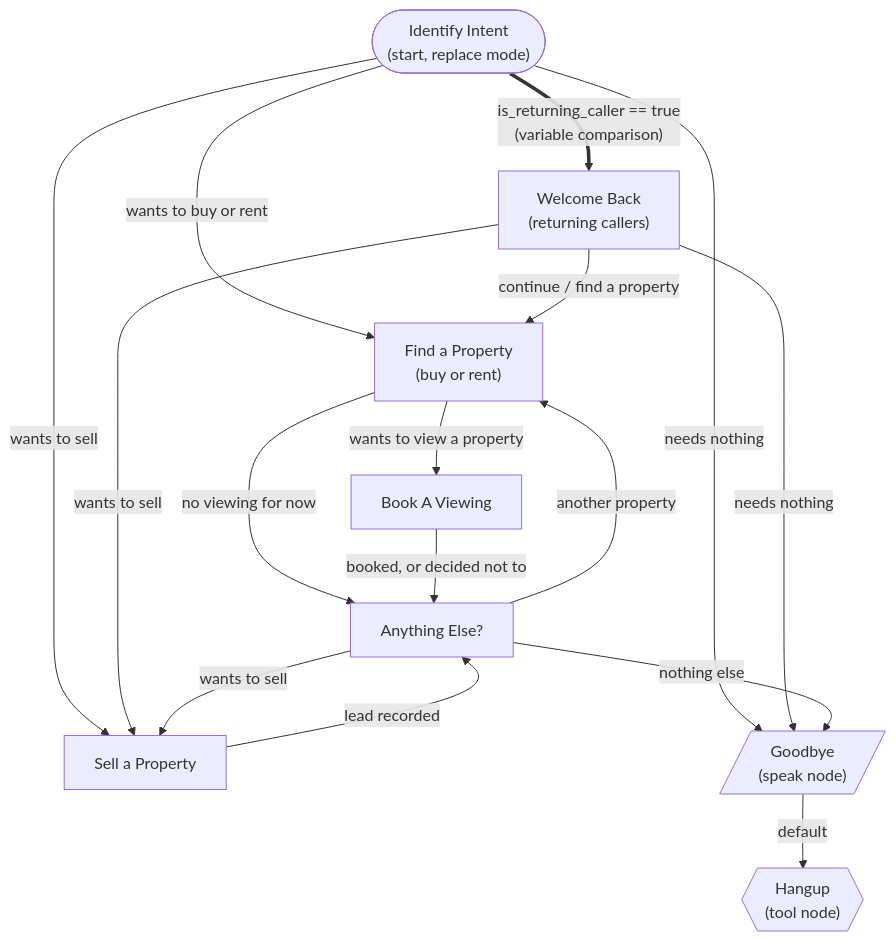
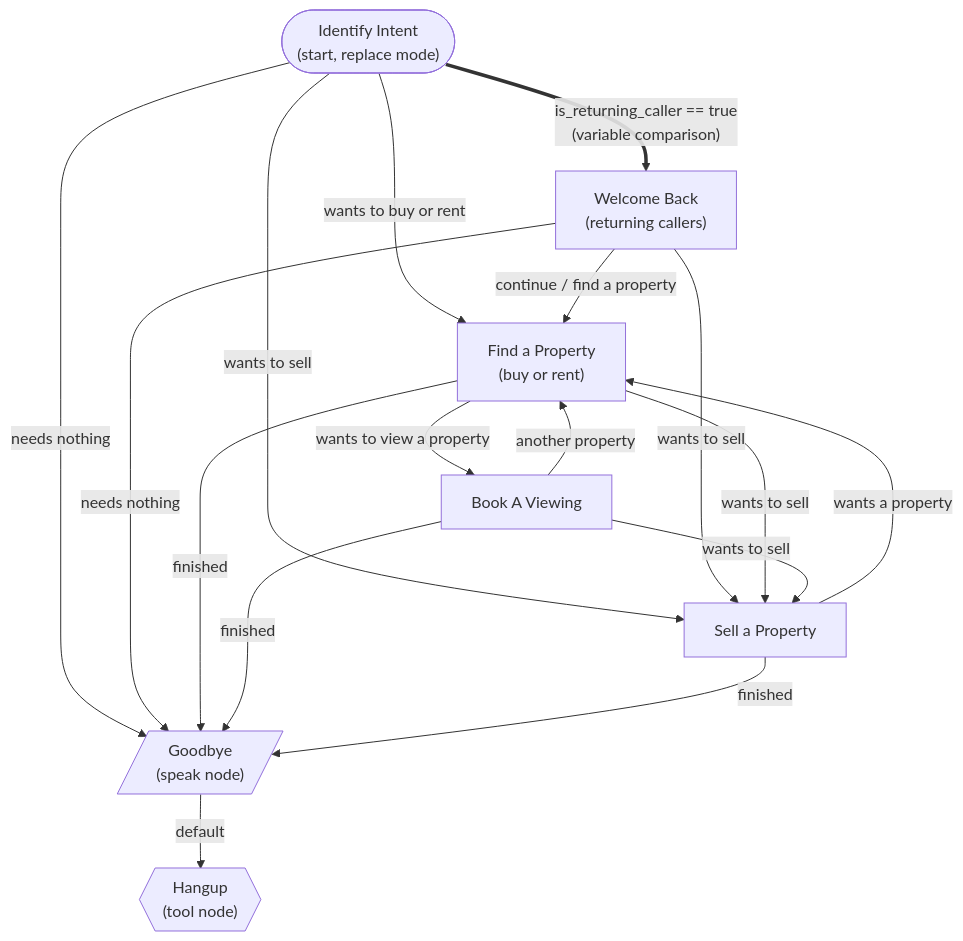
Before and after one commit to assoumaaa/telnyx-real-estate: the third of 3 diagrams in README.md, drawn with Mermaid. The commit also changed other lines of this file, not shown here.

Commit message:
docs: workflow diagram without the Anything Else node

````diff
--- a/README.md
+++ b/README.md
@@ -97,27 +97,27 @@
 ```mermaid
 flowchart TD
     start(["Identify Intent<br/>(start, replace mode)"])
     welcome["Welcome Back<br/>(returning callers)"]
     find["Find a Property<br/>(buy or rent)"]
     sell["Sell a Property"]
     book["Book A Viewing"]
-    more["Anything Else?"]
     bye[/"Goodbye<br/>(speak node)"/]
     hang{{"Hangup<br/>(tool node)"}}
 
     start == "is_returning_caller == true<br/>(variable comparison)" ==> welcome
     start -- "wants to buy or rent" --> find
     start -- "wants to sell" --> sell
     start -- "needs nothing" --> bye
     welcome -- "continue / find a property" --> find
     welcome -- "wants to sell" --> sell
     welcome -- "needs nothing" --> bye
     find -- "wants to view a property" --> book
-    find -- "no viewing for now" --> more
-    book -- "booked, or decided not to" --> more
-    sell -- "lead recorded" --> more
-    more -- "another property" --> find
-    more -- "wants to sell" --> sell
-    more -- "nothing else" --> bye
+    find -- "wants to sell" --> sell
+    find -- "finished" --> bye
+    book -- "another property" --> find
+    book -- "wants to sell" --> sell
+    book -- "finished" --> bye
+    sell -- "wants a property" --> find
+    sell -- "finished" --> bye
     bye -- "default" --> hang
 ```
````
